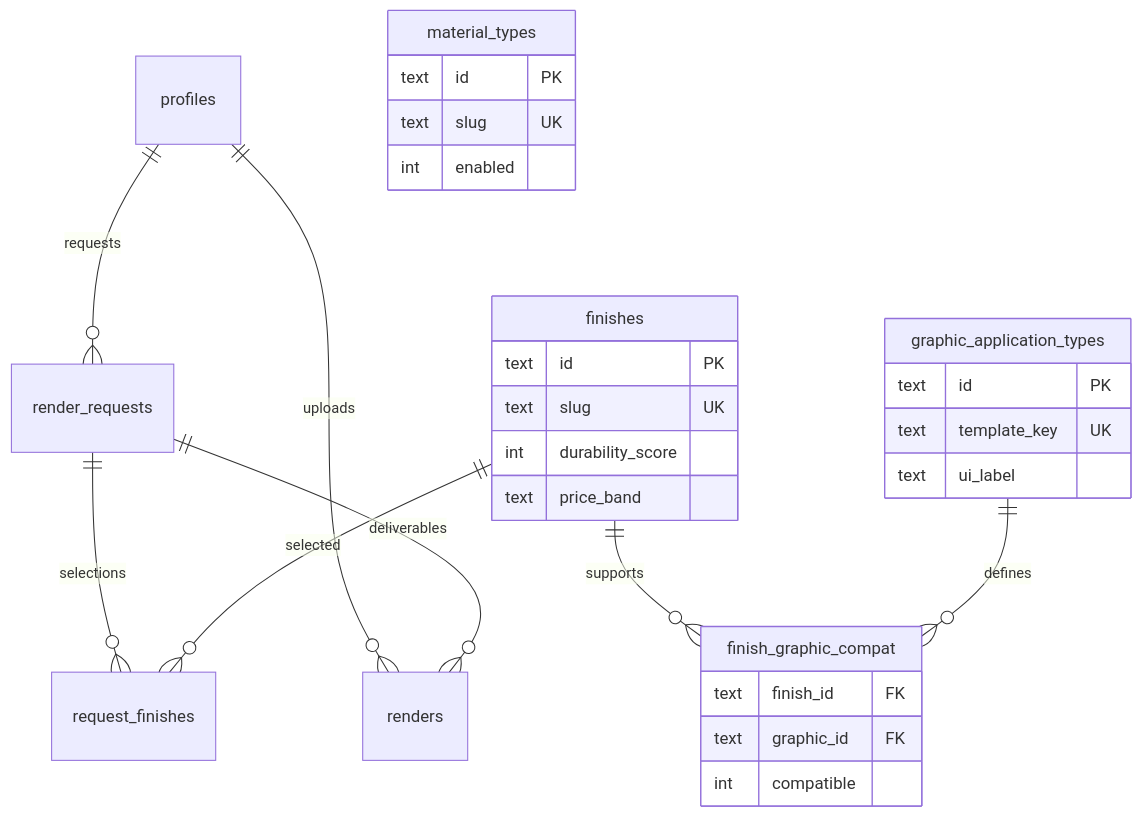
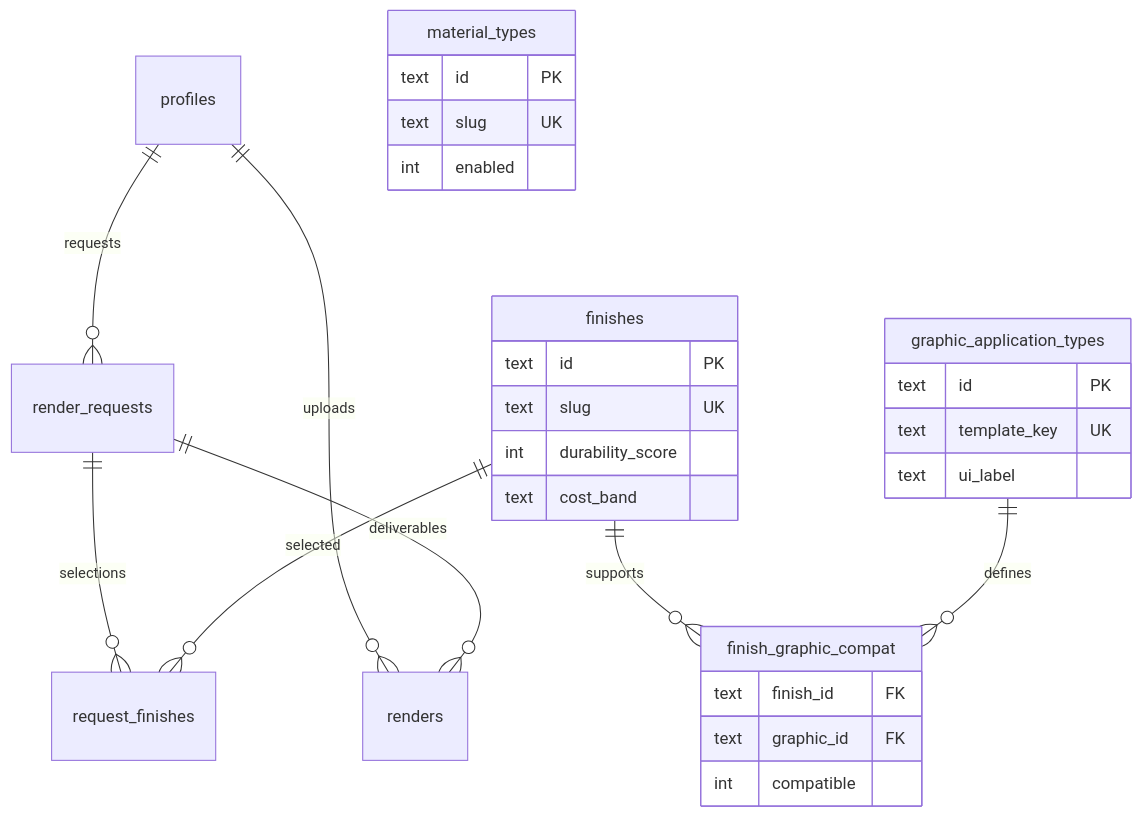
One commit to SWFTstudios/core-home-finish-library changed the diagram in docs/05-data-model.md. Above: the diagram before and after it, drawn with Mermaid. The commit also changed other lines of this file and 21 other files, not shown here.

````diff
--- a/docs/05-data-model.md
+++ b/docs/05-data-model.md
@@ -38,32 +38,32 @@
 ```mermaid
 erDiagram
   profiles ||--o{ render_requests : requests
   profiles ||--o{ renders : uploads
   render_requests ||--o{ request_finishes : selections
   finishes ||--o{ request_finishes : selected
   finishes ||--o{ finish_graphic_compat : supports
   graphic_application_types ||--o{ finish_graphic_compat : defines
   render_requests ||--o{ renders : deliverables
 
   material_types {
     text id PK
     text slug UK
     int enabled
   }
   graphic_application_types {
     text id PK
     text template_key UK
     text ui_label
   }
   finishes {
     text id PK
     text slug UK
     int durability_score
-    text price_band
+    text cost_band
   }
   finish_graphic_compat {
     text finish_id FK
     text graphic_id FK
     int compatible
   }
 ```
````
